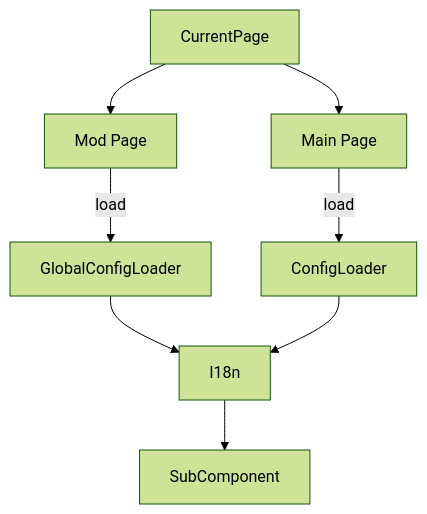
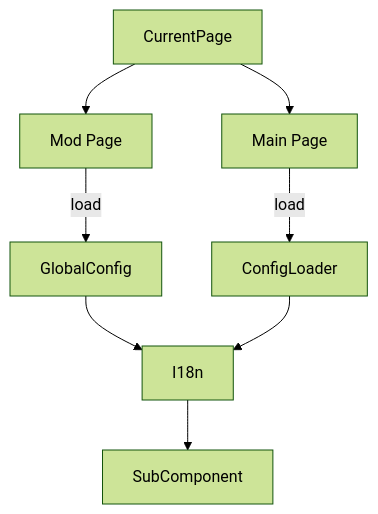
One commit to XiaoLinXiaoZhu/XX-Mod-Manager-V2 changed the diagram in note/现在的问题.md. Above: the diagram before and after it, drawn with Mermaid (forest theme). The commit also changed other lines of this file and 17 other files, not shown here.

````diff
--- a/note/现在的问题.md
+++ b/note/现在的问题.md
@@ -20,9 +20,9 @@
 ```mermaid
 graph TD;
     CP[CurrentPage]
-    CP --> D[Mod Page] -->|load| A[GlobalConfigLoader]
+    CP --> D[Mod Page] -->|load| A[GlobalConfig]
     CP --> E[Main Page] -->|load| C[ConfigLoader]
     A --> B[I18n] 
     C --> B
     B --> SubComponent
 ```
````
